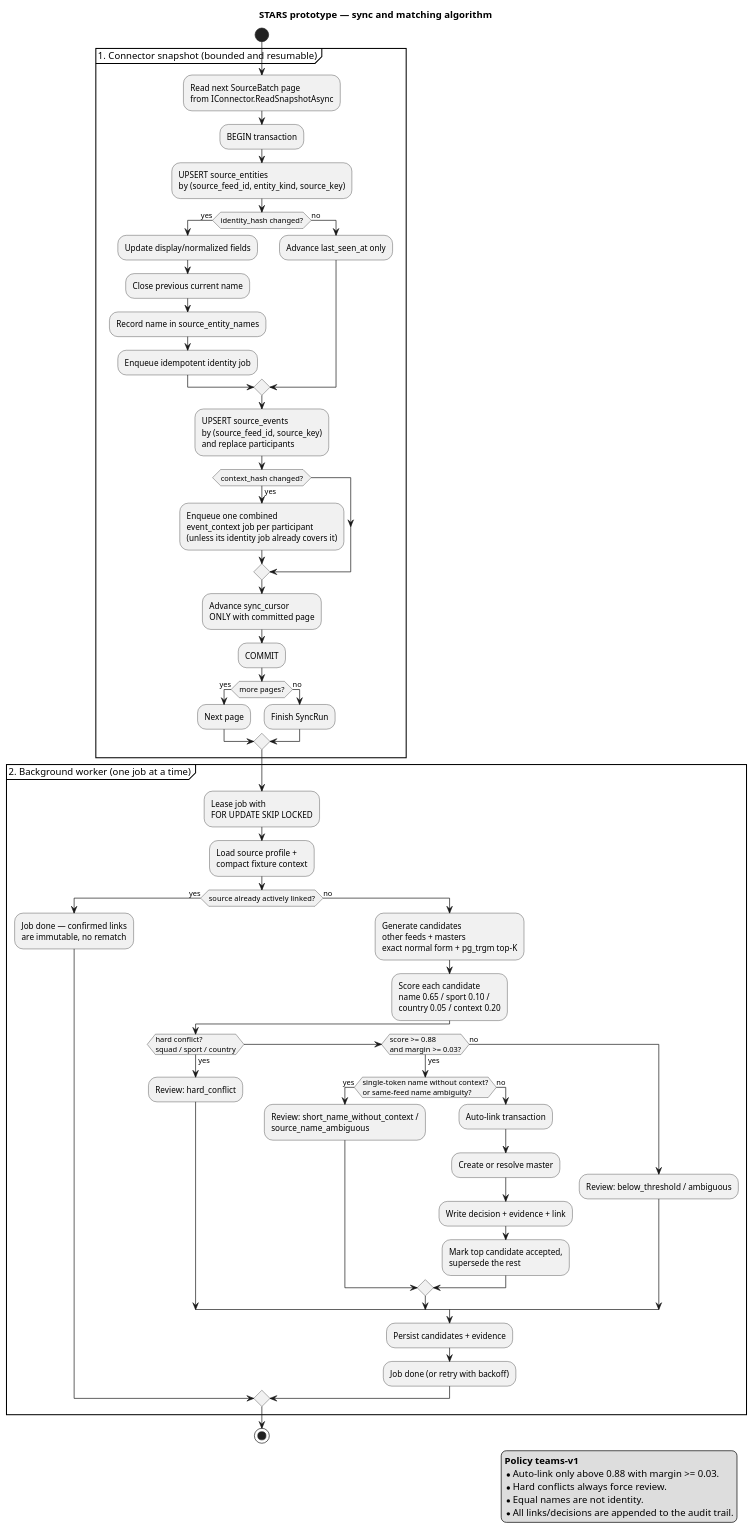
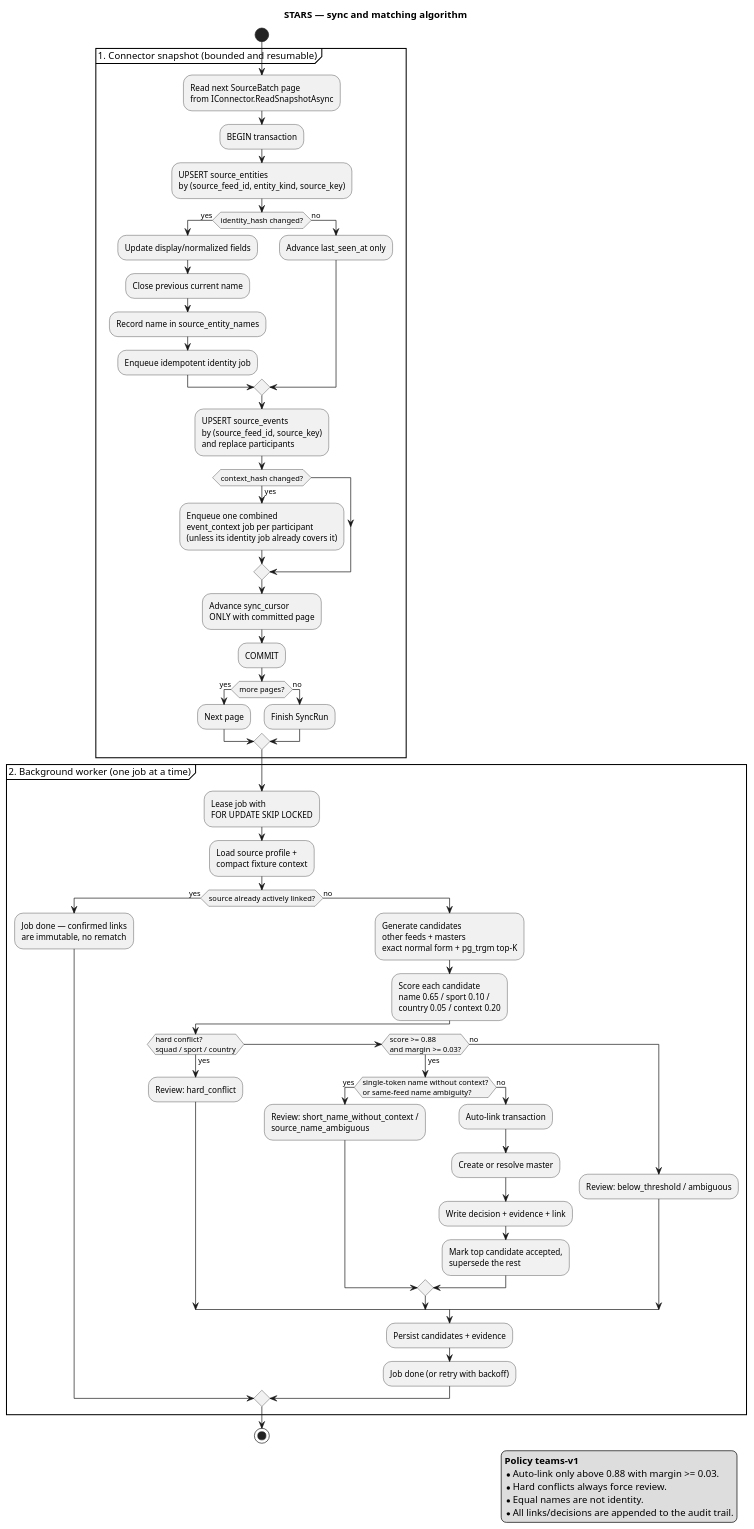
The diagram in docs/diagrams/03-sync-and-matching.puml (zollidan/stars), drawn with PlantUML before and after one commit. The commit also changed 50 other files, not shown here.

```diff
--- a/docs/diagrams/03-sync-and-matching.puml
+++ b/docs/diagrams/03-sync-and-matching.puml
@@ -1,76 +1,76 @@
 @startuml STARS_Sync_And_Matching
-title STARS prototype — sync and matching algorithm
+title STARS — sync and matching algorithm
 
 skinparam wrapWidth 320
 start
 
 partition "1. Connector snapshot (bounded and resumable)" {
   :Read next SourceBatch page\nfrom IConnector.ReadSnapshotAsync;
   :BEGIN transaction;
   :UPSERT source_entities\nby (source_feed_id, entity_kind, source_key);
 
   if (identity_hash changed?) then (yes)
     :Update display/normalized fields;
     :Close previous current name;
     :Record name in source_entity_names;
     :Enqueue idempotent identity job;
   else (no)
     :Advance last_seen_at only;
   endif
 
   :UPSERT source_events\nby (source_feed_id, source_key)\nand replace participants;
   if (context_hash changed?) then (yes)
     :Enqueue one combined\nevent_context job per participant\n(unless its identity job already covers it);
   endif
 
   :Advance sync_cursor\nONLY with committed page;
   :COMMIT;
 
   if (more pages?) then (yes)
     :Next page;
   else (no)
     :Finish SyncRun;
   endif
 }
 
 partition "2. Background worker (one job at a time)" {
   :Lease job with\nFOR UPDATE SKIP LOCKED;
   :Load source profile +\ncompact fixture context;
 
   if (source already actively linked?) then (yes)
     :Job done — confirmed links\nare immutable, no rematch;
   else (no)
     :Generate candidates\nother feeds + masters\nexact normal form + pg_trgm top-K;
     :Score each candidate\nname 0.65 / sport 0.10 /\ncountry 0.05 / context 0.20;
 
     if (hard conflict?\nsquad / sport / country) then (yes)
       :Review: hard_conflict;
     elseif (score >= 0.88\nand margin >= 0.03?) then (yes)
       if (single-token name without context?\nor same-feed name ambiguity?) then (yes)
         :Review: short_name_without_context /\nsource_name_ambiguous;
       else (no)
         :Auto-link transaction;
         :Create or resolve master;
         :Write decision + evidence + link;
         :Mark top candidate accepted,\nsupersede the rest;
       endif
     else (no)
       :Review: below_threshold / ambiguous;
     endif
 
     :Persist candidates + evidence;
     :Job done (or retry with backoff);
   endif
 }
 
 stop
 
 legend right
   **Policy teams-v1**
   * Auto-link only above 0.88 with margin >= 0.03.
   * Hard conflicts always force review.
   * Equal names are not identity.
   * All links/decisions are appended to the audit trail.
 endlegend
 
 @enduml
```
